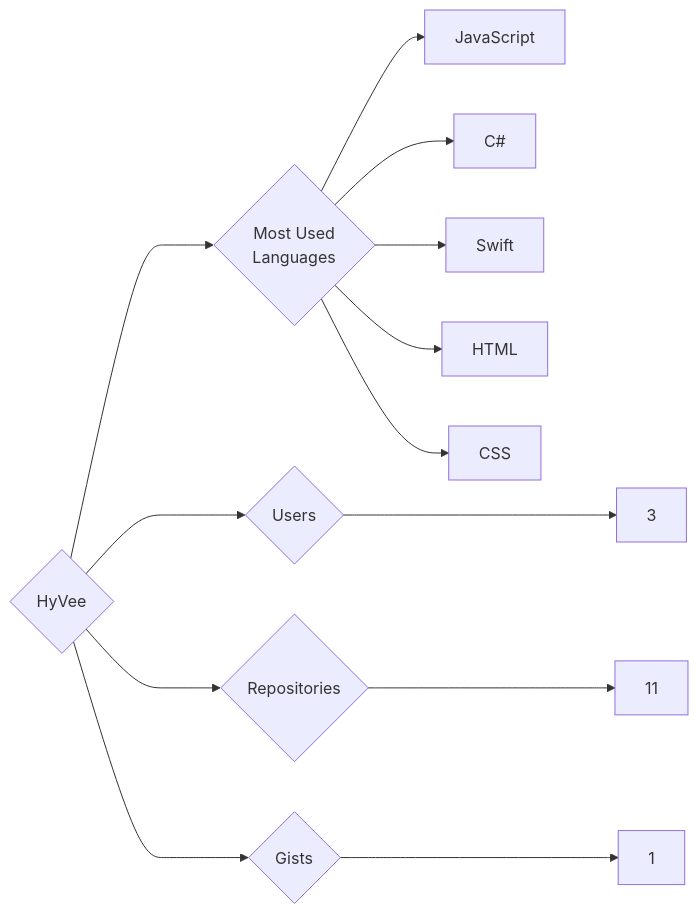
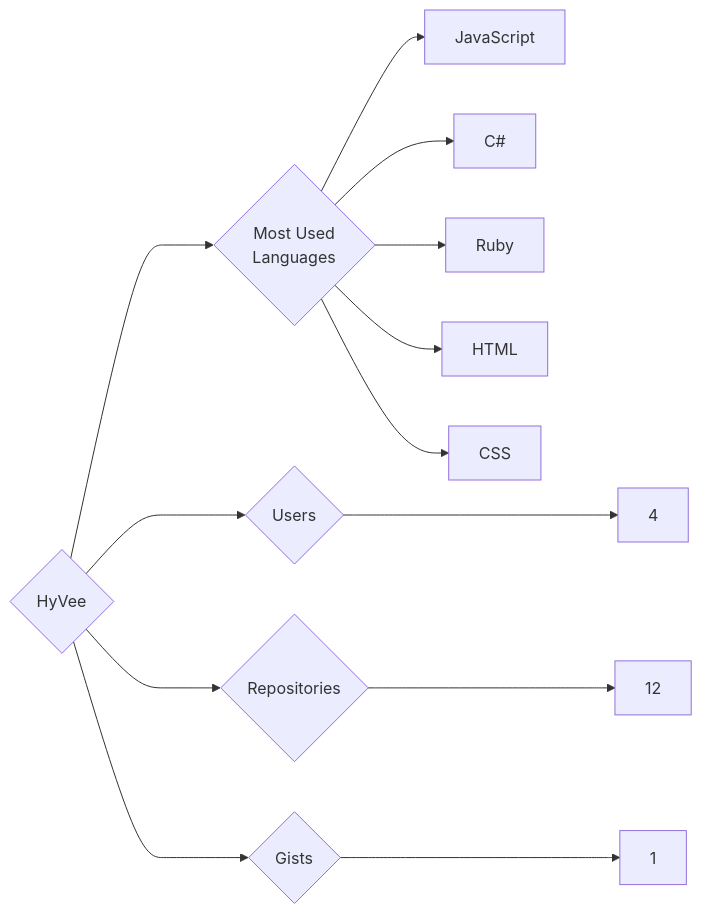
One commit to trickest/insiders changed the diagram in targets/HyVee/README.md. Above: the diagram before and after it, drawn with Mermaid. The commit also changed 1089 other files, not shown here.

````diff
--- a/targets/HyVee/README.md
+++ b/targets/HyVee/README.md
@@ -3,13 +3,13 @@
 ```mermaid
 graph LR
 COMPANY_NAME{HyVee}
-COMPANY_NAME ---> U{Users} ---> UN[3]
-COMPANY_NAME ---> R{Repositories} ---> RN[11]
+COMPANY_NAME ---> U{Users} ---> UN[4]
+COMPANY_NAME ---> R{Repositories} ---> RN[12]
 COMPANY_NAME ---> G{Gists} ---> GN[1]
 COMPANY_NAME ---> ML{Most Used<br>Languages}
 ML --> JavaScript[JavaScript]
 ML --> C#[C#]
-ML --> Swift[Swift]
+ML --> Ruby[Ruby]
 ML --> HTML[HTML]
 ML --> CSS[CSS]
 ```
````
